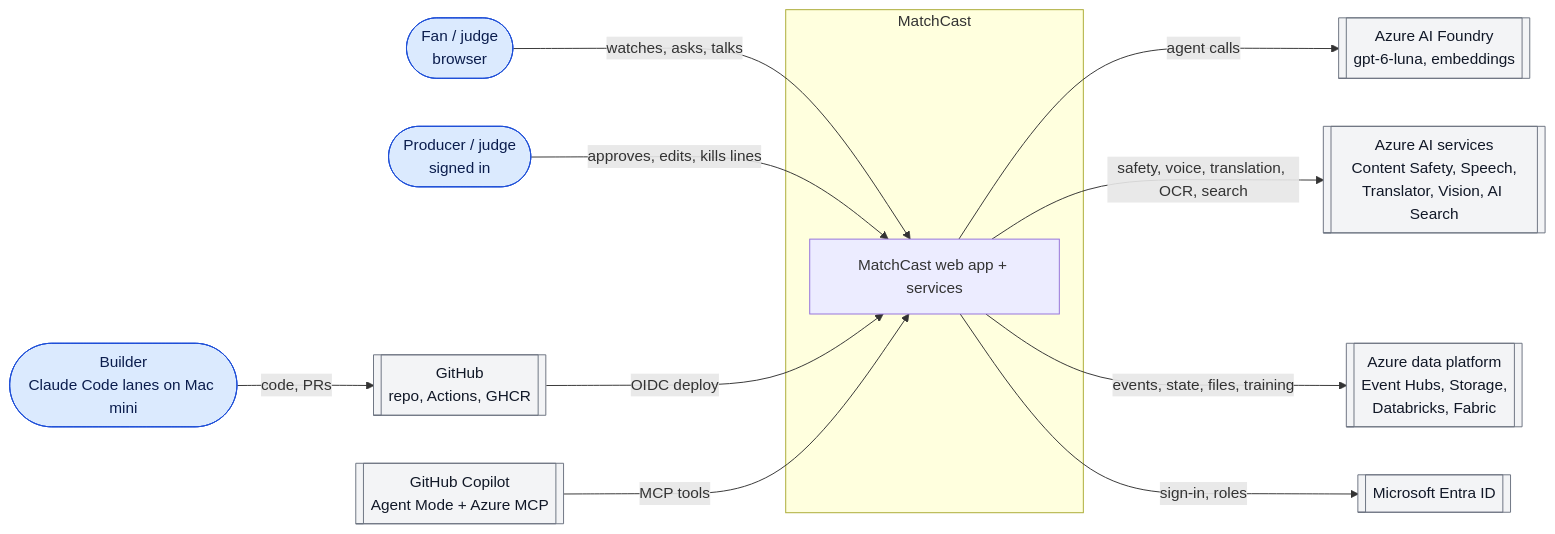
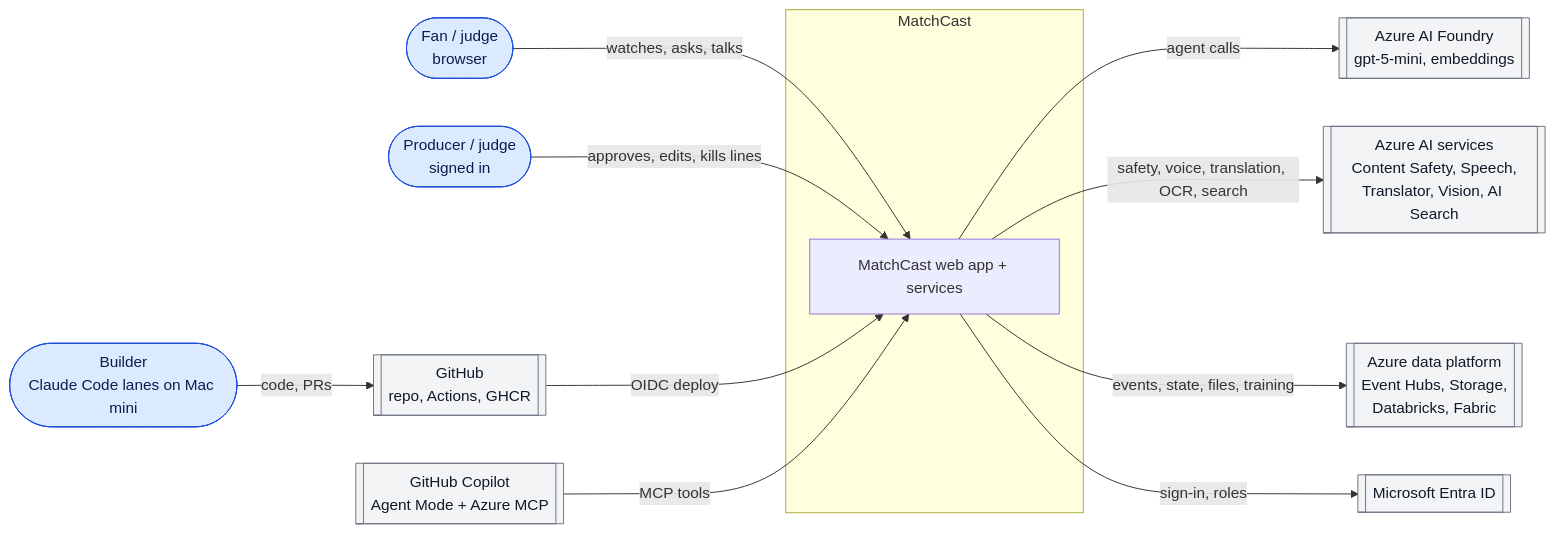
One commit to Crafted-by-Akshay/matchcast changed the first of 2 diagrams in docs/architecture/02-context-and-containers.md. Above: the diagram before and after it, drawn with Mermaid. The commit also changed other lines of this file and 10 other files, not shown here.

````diff
--- a/docs/architecture/02-context-and-containers.md
+++ b/docs/architecture/02-context-and-containers.md
@@ -11,30 +11,30 @@
 ```mermaid
 flowchart LR
   fan([Fan / judge<br/>browser]):::person
   prod([Producer / judge<br/>signed in]):::person
   dev([Builder<br/>Claude Code lanes on Mac mini]):::person
 
   subgraph MC[MatchCast]
     app[MatchCast web app + services]
   end
 
-  foundry[[Azure AI Foundry<br/>gpt-6-luna, embeddings]]:::ext
+  foundry[[Azure AI Foundry<br/>gpt-5-mini, embeddings]]:::ext
   ai[[Azure AI services<br/>Content Safety, Speech,<br/>Translator, Vision, AI Search]]:::ext
   data[[Azure data platform<br/>Event Hubs, Storage,<br/>Databricks, Fabric]]:::ext
   entra[[Microsoft Entra ID]]:::ext
   gh[[GitHub<br/>repo, Actions, GHCR]]:::ext
   copilot[[GitHub Copilot<br/>Agent Mode + Azure MCP]]:::ext
 
   fan -- watches, asks, talks --> app
   prod -- approves, edits, kills lines --> app
   app -- agent calls --> foundry
   app -- safety, voice, translation, OCR, search --> ai
   app -- events, state, files, training --> data
   app -- sign-in, roles --> entra
   dev -- code, PRs --> gh
   gh -- OIDC deploy --> app
   copilot -- MCP tools --> app
 
   classDef person fill:#dbeafe,stroke:#1d4ed8,color:#0b1d4d
   classDef ext fill:#f3f4f6,stroke:#6b7280,color:#111827
 ```
````
